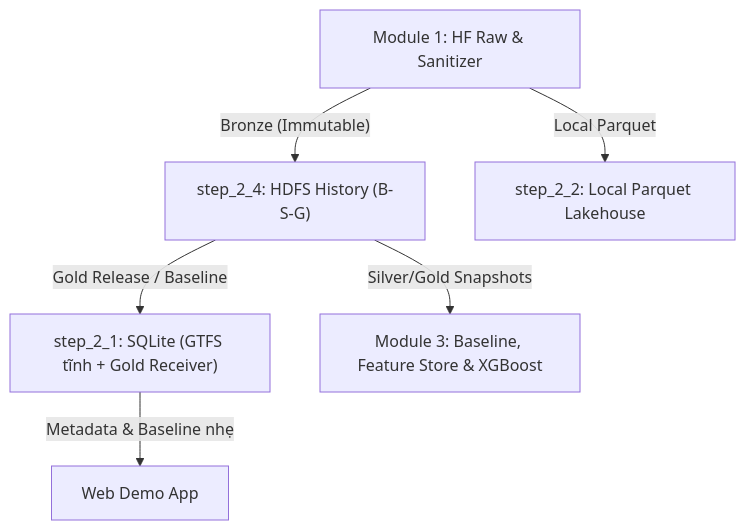
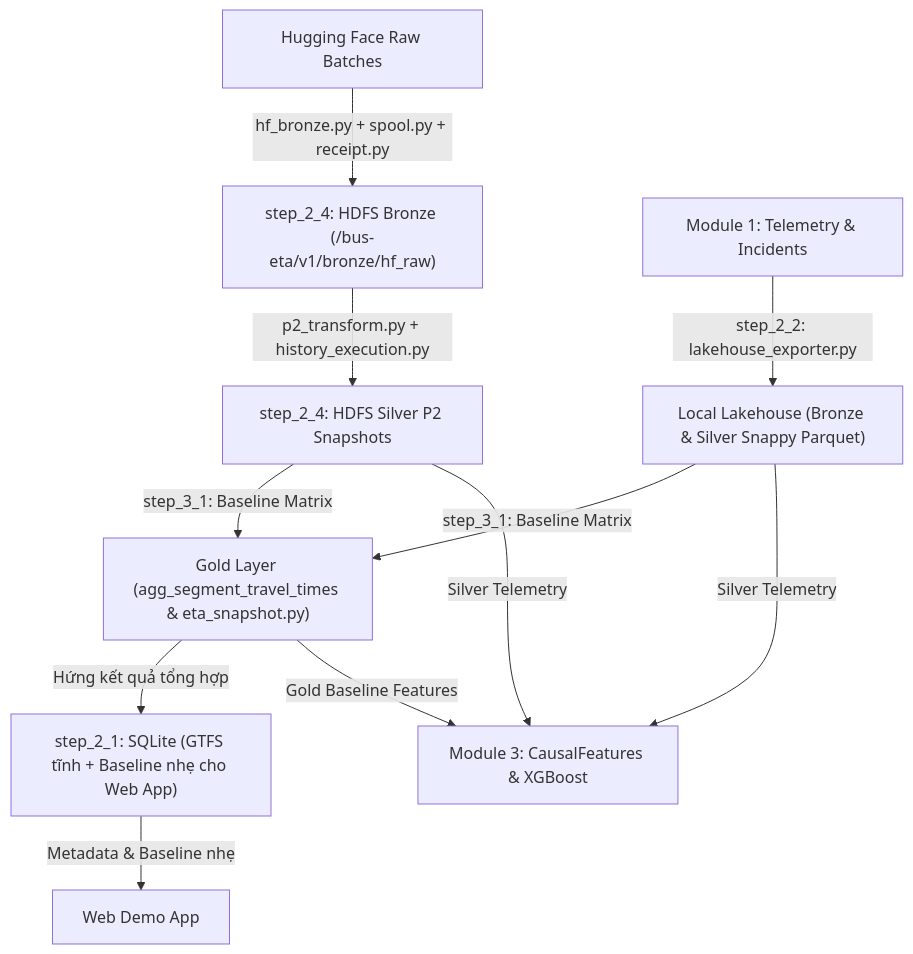
One commit to toibinguz/Bus_tracking changed the diagram in module_2_big_data_storage_and_lakehouse/README.md. Above: the diagram before and after it, drawn with Mermaid. The commit also changed 10 other files, not shown here.

Commit message:
docs: detail all vertical Mermaid diagrams and show Gold Baseline feeding ML training

````diff
--- a/module_2_big_data_storage_and_lakehouse/README.md
+++ b/module_2_big_data_storage_and_lakehouse/README.md
@@ -9,8 +9,11 @@
 ```mermaid
 flowchart TD
-    M1["Module 1: HF Raw & Sanitizer"] -->|"Bronze (Immutable)"| S24["step_2_4: HDFS History (B-S-G)"]
-    S24 -->|"Gold Release / Baseline"| S21["step_2_1: SQLite (GTFS tĩnh + Gold Receiver)"]
-    M1 -->|"Local Parquet"| S22["step_2_2: Local Parquet Lakehouse"]
-    S24 -->|"Silver/Gold Snapshots"| M3["Module 3: Baseline, Feature Store & XGBoost"]
+    HF["Hugging Face Raw Batches"] -->|"hf_bronze.py + spool.py + receipt.py"| HBR["step_2_4: HDFS Bronze (/bus-eta/v1/bronze/hf_raw)"]
+    HBR -->|"p2_transform.py + history_execution.py"| HSIL["step_2_4: HDFS Silver P2 Snapshots"]
+    M1["Module 1: Telemetry & Incidents"] -->|"step_2_2: lakehouse_exporter.py"| LSIL["Local Lakehouse (Bronze & Silver Snappy Parquet)"]
+    HSIL & LSIL -->|"step_3_1: Baseline Matrix"| GOLD["Gold Layer (agg_segment_travel_times & eta_snapshot.py)"]
+    GOLD -->|"Hứng kết quả tổng hợp"| S21["step_2_1: SQLite (GTFS tĩnh + Baseline nhẹ cho Web App)"]
+    HSIL & LSIL -->|"Silver Telemetry"| M3["Module 3: CausalFeatures & XGBoost"]
+    GOLD -->|"Gold Baseline Features"| M3
     S21 -->|"Metadata & Baseline nhẹ"| WEB["Web Demo App"]
 ```
````
